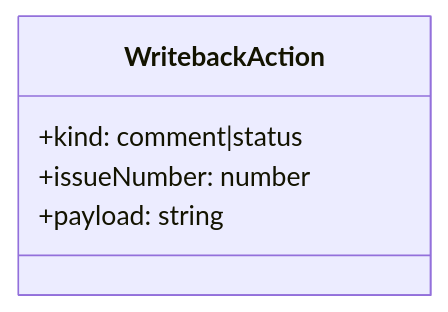
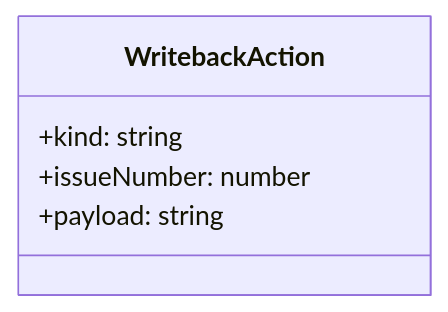
One commit to thebenVar/scrummer changed the third of 3 diagrams in .local/features/github-optional-writeback-actions.md. Above: the diagram before and after it, drawn with Mermaid. The commit also changed other lines of this file and 12 other files, not shown here.

````diff
--- a/.local/features/github-optional-writeback-actions.md
+++ b/.local/features/github-optional-writeback-actions.md
@@ -52,8 +52,8 @@
 ```mermaid
 classDiagram
   class WritebackAction {
-    +kind: comment|status
+    +kind: string
     +issueNumber: number
     +payload: string
   }
 ```
````
